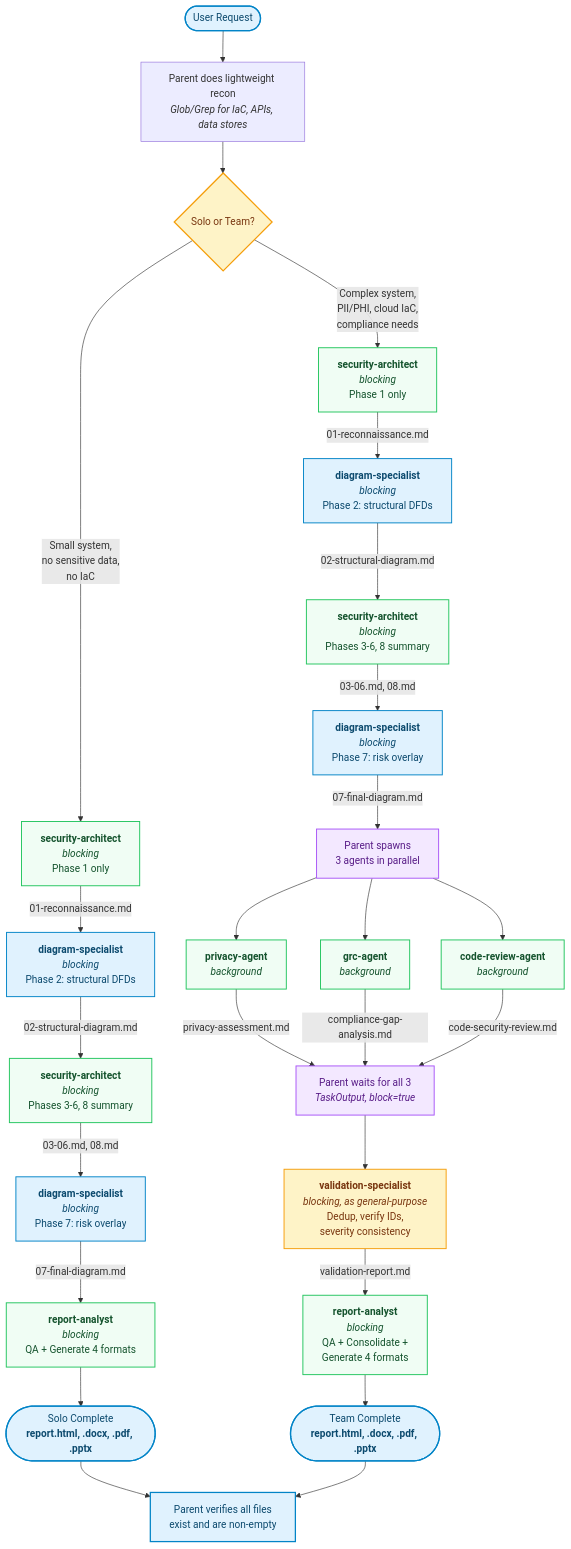
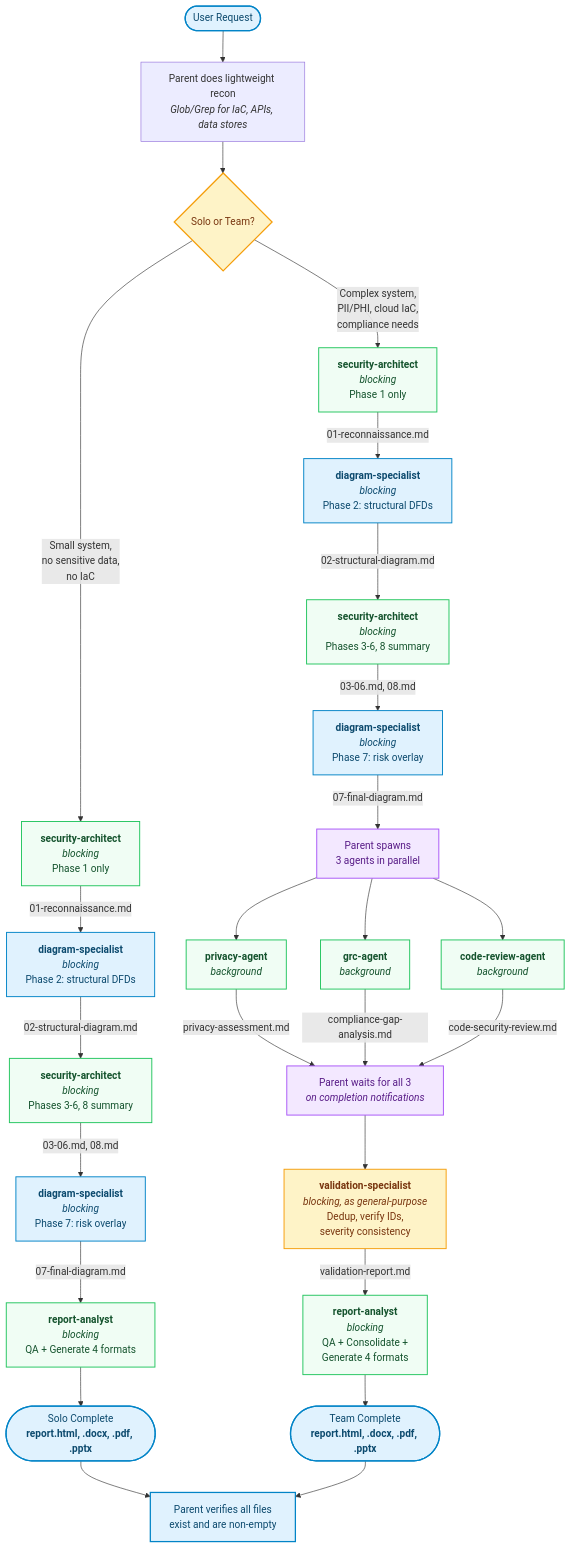
The third of 3 diagrams in docs/ARCHITECTURE.md (trwilcoxson/threat-model-suite), drawn with Mermaid before and after one commit. The commit also changed other lines of this file and 1 other file, not shown here.

First line of the commit message:
ARCHITECTURE.md: correct the stale platform-constraint prose

````diff
--- a/docs/ARCHITECTURE.md
+++ b/docs/ARCHITECTURE.md
@@ -515,51 +527,51 @@
 ```mermaid
 flowchart TD
     Start(["User Request"]) --> Recon["Parent does lightweight recon<br/><i>Glob/Grep for IaC, APIs, data stores</i>"]
     Recon --> Mode{"Solo or Team?"}
 
     Mode -->|"Small system,<br/>no sensitive data,<br/>no IaC"| Solo_SA1["<b>security-architect</b><br/><i>blocking</i><br/>Phase 1 only"]
     Solo_SA1 -->|"01-reconnaissance.md"| Solo_DS1["<b>diagram-specialist</b><br/><i>blocking</i><br/>Phase 2: structural DFDs"]
     Solo_DS1 -->|"02-structural-diagram.md"| Solo_SA2["<b>security-architect</b><br/><i>blocking</i><br/>Phases 3-6, 8 summary"]
     Solo_SA2 -->|"03-06.md, 08.md"| Solo_DS2["<b>diagram-specialist</b><br/><i>blocking</i><br/>Phase 7: risk overlay"]
     Solo_DS2 -->|"07-final-diagram.md"| Solo_RA["<b>report-analyst</b><br/><i>blocking</i><br/>QA + Generate 4 formats"]
     Solo_RA --> Solo_Done(["Solo Complete<br/><b>report.html, .docx, .pdf, .pptx</b>"])
 
     Mode -->|"Complex system,<br/>PII/PHI, cloud IaC,<br/>compliance needs"| Team_SA1["<b>security-architect</b><br/><i>blocking</i><br/>Phase 1 only"]
 
     Team_SA1 -->|"01-reconnaissance.md"| Team_DS1["<b>diagram-specialist</b><br/><i>blocking</i><br/>Phase 2: structural DFDs"]
     Team_DS1 -->|"02-structural-diagram.md"| Team_SA2["<b>security-architect</b><br/><i>blocking</i><br/>Phases 3-6, 8 summary"]
     Team_SA2 -->|"03-06.md, 08.md"| Team_DS2["<b>diagram-specialist</b><br/><i>blocking</i><br/>Phase 7: risk overlay"]
 
     Team_DS2 -->|"07-final-diagram.md"| Fork["Parent spawns<br/>3 agents in parallel"]
 
     Fork --> PA["<b>privacy-agent</b><br/><i>background</i>"]
     Fork --> GRC["<b>grc-agent</b><br/><i>background</i>"]
     Fork --> CR["<b>code-review-agent</b><br/><i>background</i>"]
 
-    PA -->|"privacy-assessment.md"| Join["Parent waits for all 3<br/><i>TaskOutput, block=true</i>"]
+    PA -->|"privacy-assessment.md"| Join["Parent waits for all 3<br/><i>on completion notifications</i>"]
     GRC -->|"compliance-gap-analysis.md"| Join
     CR -->|"code-security-review.md"| Join
 
     Join --> VS["<b>validation-specialist</b><br/><i>blocking, as general-purpose</i><br/>Dedup, verify IDs,<br/>severity consistency"]
 
     VS -->|"validation-report.md"| Team_RA["<b>report-analyst</b><br/><i>blocking</i><br/>QA + Consolidate +<br/>Generate 4 formats"]
 
     Team_RA --> Team_Done(["Team Complete<br/><b>report.html, .docx, .pdf, .pptx</b>"])
 
     Solo_Done --> Verify["Parent verifies all files<br/>exist and are non-empty"]
     Team_Done --> Verify
 
     classDef start fill:#e0f2fe,stroke:#0284c7,stroke-width:2px,color:#0c4a6e
     classDef decision fill:#fef3c7,stroke:#f59e0b,stroke-width:2px,color:#78350f
     classDef agent fill:#f0fdf4,stroke:#22c55e,stroke-width:1.5px,color:#14532d
     classDef diagram fill:#e0f2fe,stroke:#0284c7,stroke-width:1.5px,color:#0c4a6e
     classDef post fill:#fef3c7,stroke:#f59e0b,stroke-width:1.5px,color:#78350f
     classDef control fill:#f3e8ff,stroke:#a855f7,stroke-width:1.5px,color:#581c87
 
     class Start,Solo_Done,Team_Done,Verify start
     class Mode decision
     class Solo_SA1,Solo_SA2,Team_SA1,Team_SA2,PA,GRC,CR,Solo_RA,Team_RA agent
     class Solo_DS1,Solo_DS2,Team_DS1,Team_DS2 diagram
     class Fork,Join control
     class VS post
 ```
````
